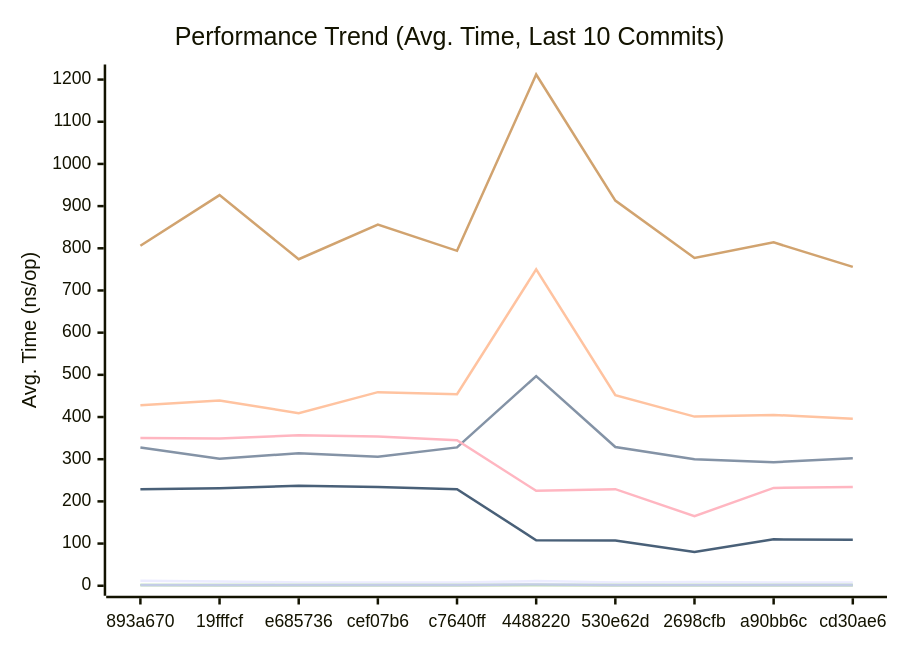
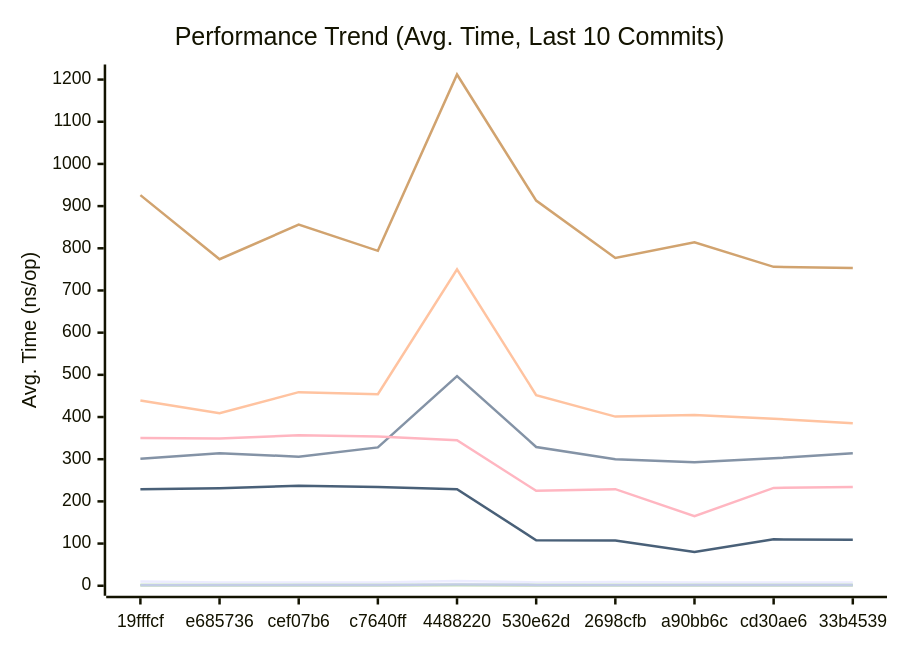
One commit to alsotoes/momo changed the first of 3 diagrams in docs/PERFORMANCE.md. Above: the diagram before and after it, drawn with Mermaid. The commit also changed other lines of this file and 2 other files, not shown here.

````diff
--- a/docs/PERFORMANCE.md
+++ b/docs/PERFORMANCE.md
@@ -80,16 +80,16 @@
 ```mermaid
 xychart-beta
     title "Performance Trend (Avg. Time, Last 10 Commits)"
     x-axis "Commit"
     y-axis "Avg. Time (ns/op)"
-    x-axis [893a670,19fffcf,e685736,cef07b6,c7640ff,4488220,530e62d,2698cfb,a90bb6c,cd30ae6]
-    line "CheckMetricsAndSwap" [12,10,8,8,8,11,8,9,8,8]
-    line "CrushOptimized" [328,301,314,306,328,497,329,300,293,302]
-    line "CrushOriginal" [428,439,409,459,454,750,452,401,405,396]
-    line "IndexDirectTracking" [1,0,0,0,0,1,0,0,0,0]
+    x-axis [19fffcf,e685736,cef07b6,c7640ff,4488220,530e62d,2698cfb,a90bb6c,cd30ae6,33b4539]
+    line "CheckMetricsAndSwap" [10,8,8,8,11,8,9,8,8,8]
+    line "CrushOptimized" [301,314,306,328,497,329,300,293,302,314]
+    line "CrushOriginal" [439,409,459,454,750,452,401,405,396,385]
+    line "IndexDirectTracking" [0,0,0,0,1,0,0,0,0,0]
     line "IndexSearch" [2,2,2,2,2,2,2,2,2,2]
-    line "LoadGlobalConfig" [806,926,774,856,794,1212,913,777,814,756]
-    line "PadString" [2,2,2,2,2,3,2,2,2,2]
+    line "LoadGlobalConfig" [926,774,856,794,1212,913,777,814,756,753]
+    line "PadString" [2,2,2,2,3,2,2,2,2,2]
     line "ParseReplicationOrder_NoPrealloc" [350,349,357,354,345,225,229,165,232,234]
     line "ParseReplicationOrder_Prealloc" [229,231,237,234,229,108,107,80,110,109]
 ```
````
